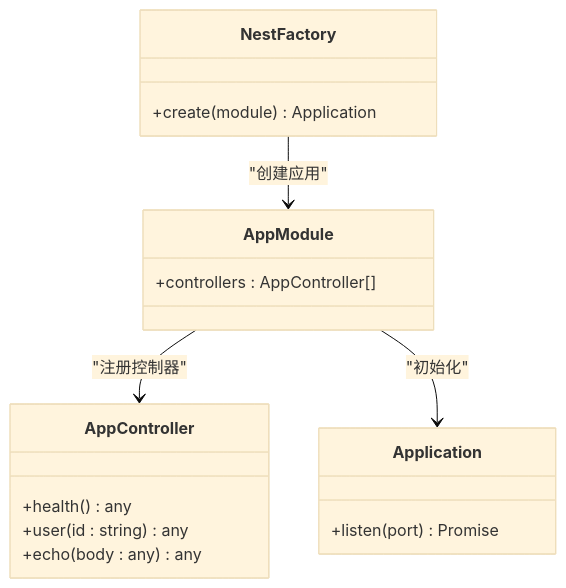
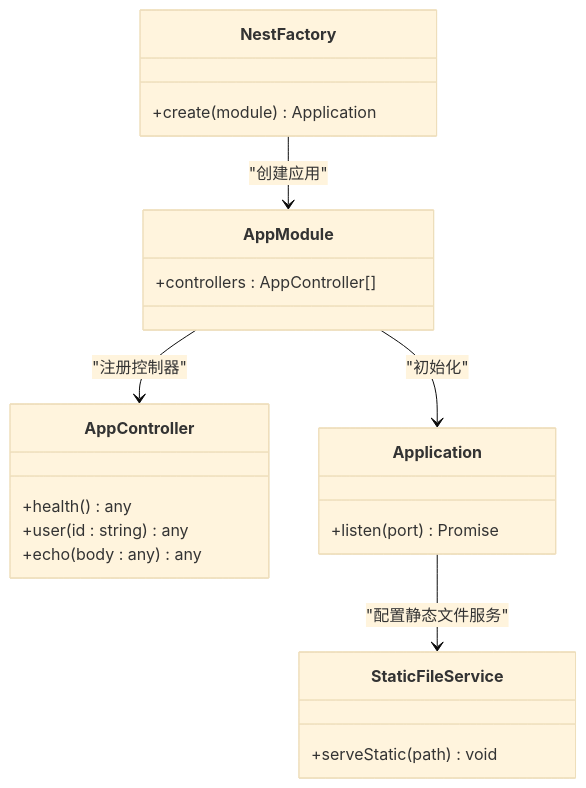
One commit to esa-sp/test-for-aone-ci changed the fifth of 7 diagrams in .qoder/repowiki/zh/content/后端框架测试/Koa、Hono、NestJS框架测试.md. Above: the diagram before and after it, drawn with Mermaid (base theme). The commit also changed other lines of this file and 58 other files, not shown here.

````diff
--- a/.qoder/repowiki/zh/content/后端框架测试/Koa、Hono、NestJS框架测试.md
+++ b/.qoder/repowiki/zh/content/后端框架测试/Koa、Hono、NestJS框架测试.md
@@ -228,20 +302,24 @@
 ```mermaid
 classDiagram
 class AppModule {
 +controllers : AppController[]
 }
 class AppController {
 +health() any
 +user(id : string) any
 +echo(body : any) any
 }
 class NestFactory {
 +create(module) Application
 }
 class Application {
 +listen(port) Promise<void>
 }
+class StaticFileService {
++serveStatic(path) void
+}
 AppModule --> AppController : "注册控制器"
 NestFactory --> AppModule : "创建应用"
 AppModule --> Application : "初始化"
+Application --> StaticFileService : "配置静态文件服务"
 ```
````
